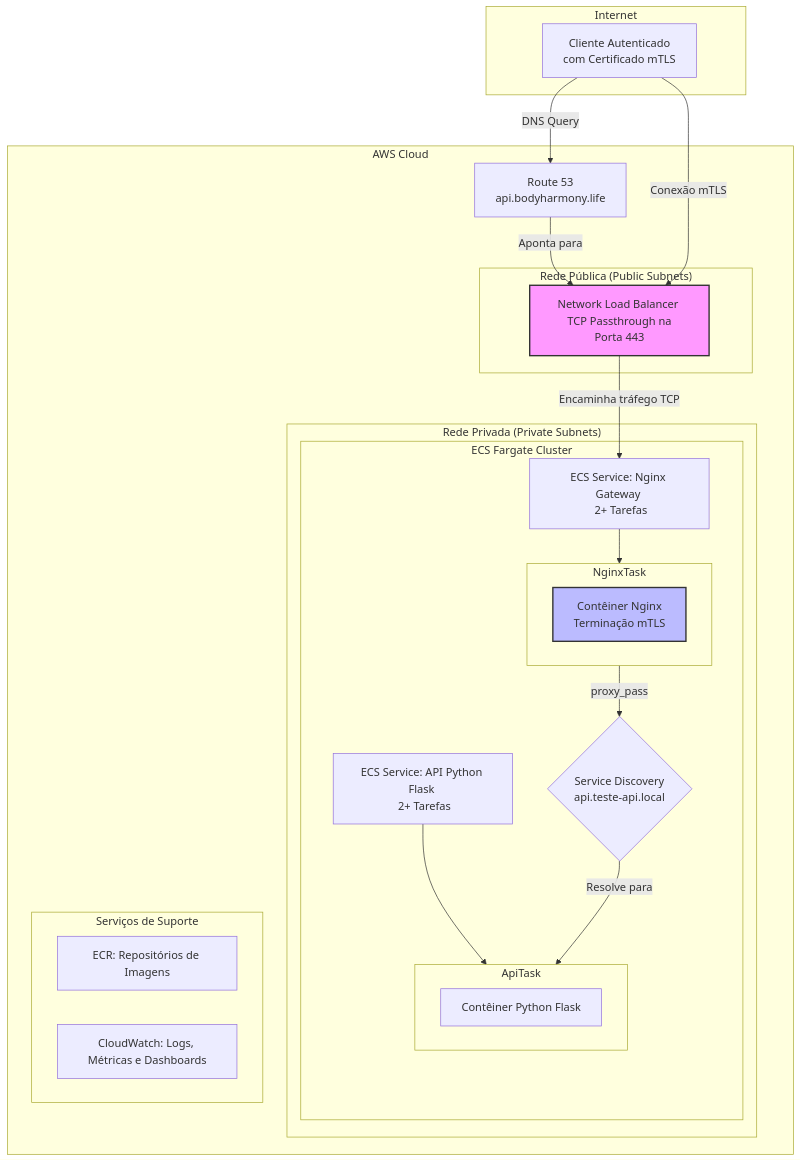
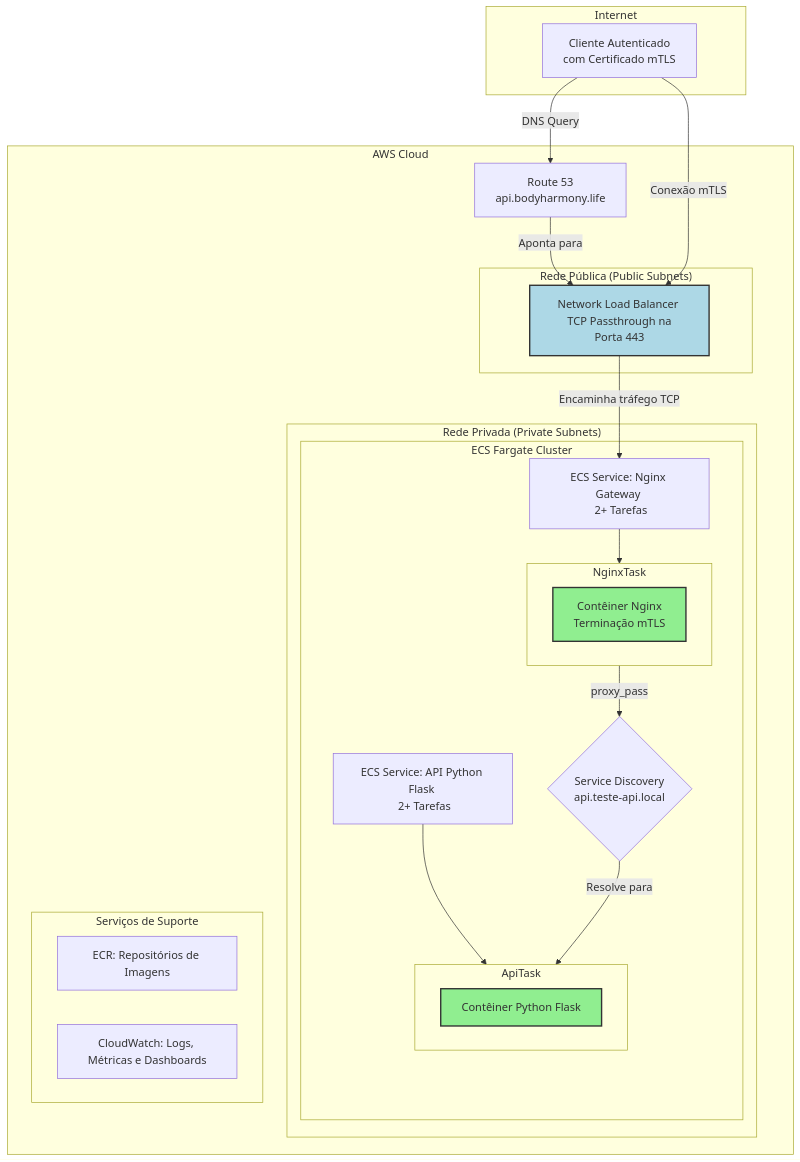
The diagram in DOCUMENTACAO_TECNICA_REVISADA.md (xsysyphus/devops-interview), drawn with Mermaid before and after one commit.

Commit message:
fix: Ajusta cores do diagrama de arquitetura

````diff
--- a/DOCUMENTACAO_TECNICA_REVISADA.md
+++ b/DOCUMENTACAO_TECNICA_REVISADA.md
@@ -56,49 +56,50 @@
 ```mermaid
 graph TD
     subgraph "Internet"
         Client[Cliente Autenticado <br> com Certificado mTLS]
     end
 
     subgraph "AWS Cloud"
         Route53[Route 53 <br> api.bodyharmony.life]
 
         subgraph "Rede Pública (Public Subnets)"
             NLB[Network Load Balancer <br> TCP Passthrough na Porta 443]
         end
 
         subgraph "Rede Privada (Private Subnets)"
             subgraph "ECS Fargate Cluster"
                 NginxService[ECS Service: Nginx Gateway <br> 2+ Tarefas]
                 ApiService[ECS Service: API Python Flask <br> 2+ Tarefas]
                 
                 NginxTask[Tarefa Fargate: Nginx] -- proxy_pass --> ServiceDiscovery{Service Discovery <br> api.teste-api.local}
                 ApiTask[Tarefa Fargate: API]
 
                 subgraph NginxTask
                     NginxContainer[Contêiner Nginx <br> Terminação mTLS]
                 end
                 
                 subgraph ApiTask
                     ApiContainer[Contêiner Python Flask]
                 end
 
                 NginxService --> NginxTask
                 ApiService --> ApiTask
             end
         end
 
         subgraph "Serviços de Suporte"
             ECR[ECR: Repositórios de Imagens]
             CloudWatch[CloudWatch: Logs, Métricas e Dashboards]
         end
     end
 
     Client -- DNS Query --> Route53
     Route53 -- Aponta para --> NLB
     Client -- Conexão mTLS --> NLB
     NLB -- Encaminha tráfego TCP --> NginxService
     ServiceDiscovery -- Resolve para --> ApiTask
 
-    style NLB fill:#f9f,stroke:#333,stroke-width:2px
-    style NginxContainer fill:#bbf,stroke:#333,stroke-width:2px
+    style NLB fill:lightblue,stroke:#333,stroke-width:2px
+    style NginxContainer fill:lightgreen,stroke:#333,stroke-width:2px
+    style ApiContainer fill:lightgreen,stroke:#333,stroke-width:2px
 ```
````
